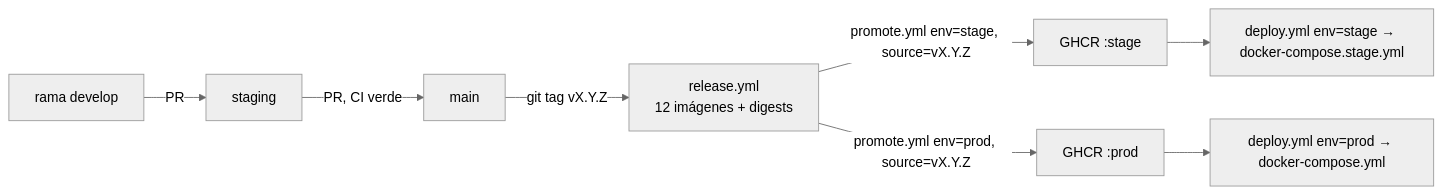
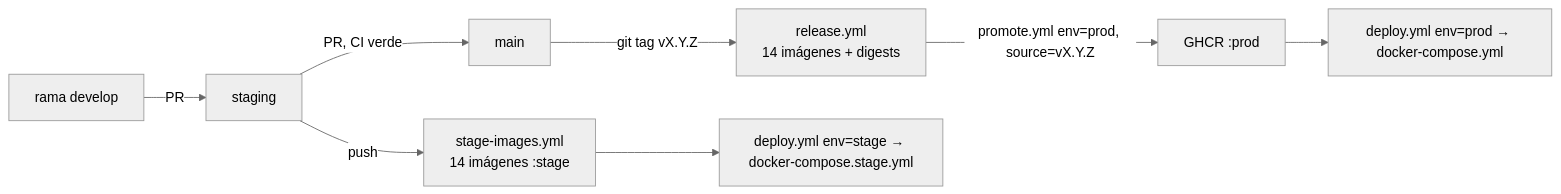
Before and after one commit to xozan845-ctrl/core-engine: the diagram in docs/runbook-entrega.md, drawn with Mermaid (neutral theme). The commit also changed other lines of this file and 248 other files, not shown here.

````diff
--- a/docs/runbook-entrega.md
+++ b/docs/runbook-entrega.md
@@ -19,10 +19,10 @@
 ```mermaid
 flowchart LR
     A[rama develop] -->|PR| B[staging]
+    B -->|push| SI["stage-images.yml\n14 imágenes :stage"]
     B -->|PR, CI verde| C[main]
-    C -->|git tag vX.Y.Z| R["release.yml\n12 imágenes + digests"]
-    R -->|"promote.yml env=stage, source=vX.Y.Z"| S["GHCR :stage"]
+    C -->|git tag vX.Y.Z| R["release.yml\n14 imágenes + digests"]
     R -->|"promote.yml env=prod, source=vX.Y.Z"| P["GHCR :prod"]
-    S --> DS[deploy.yml env=stage → docker-compose.stage.yml]
+    SI --> DS[deploy.yml env=stage → docker-compose.stage.yml]
     P --> DP[deploy.yml env=prod → docker-compose.yml]
 ```
````
